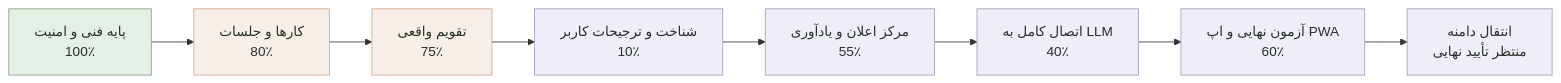
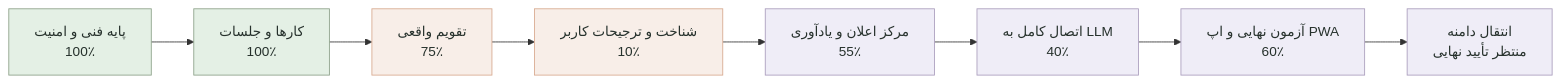
Before and after one commit to tparkhondeh/personalAgent: the diagram in PROJECT_STATUS.md, drawn with Mermaid. The commit also changed other lines of this file and 6 other files, not shown here.

````diff
--- a/PROJECT_STATUS.md
+++ b/PROJECT_STATUS.md
@@ -14,17 +15,17 @@
 ```mermaid
 flowchart LR
-    A[پایه فنی و امنیت<br/>100٪] --> B[کارها و جلسات<br/>80٪]
+    A[پایه فنی و امنیت<br/>100٪] --> B[کارها و جلسات<br/>100٪]
     B --> C[تقویم واقعی<br/>75٪]
     C --> D[شناخت و ترجیحات کاربر<br/>10٪]
     D --> E[مرکز اعلان و یادآوری<br/>55٪]
     E --> F[اتصال کامل به LLM<br/>40٪]
     F --> G[آزمون نهایی و اپ PWA<br/>60٪]
     G --> H[انتقال دامنه<br/>منتظر تأیید نهایی]
 
     classDef done fill:#e4f0e5,stroke:#8ca088,color:#26312c;
     classDef active fill:#f8eee8,stroke:#d7a98f,color:#26312c;
     classDef pending fill:#efedf7,stroke:#aa9dbc,color:#26312c;
-    class A done;
-    class B,C active;
-    class D,E,F,G,H pending;
+    class A,B done;
+    class C,D active;
+    class E,F,G,H pending;
 ```
````
